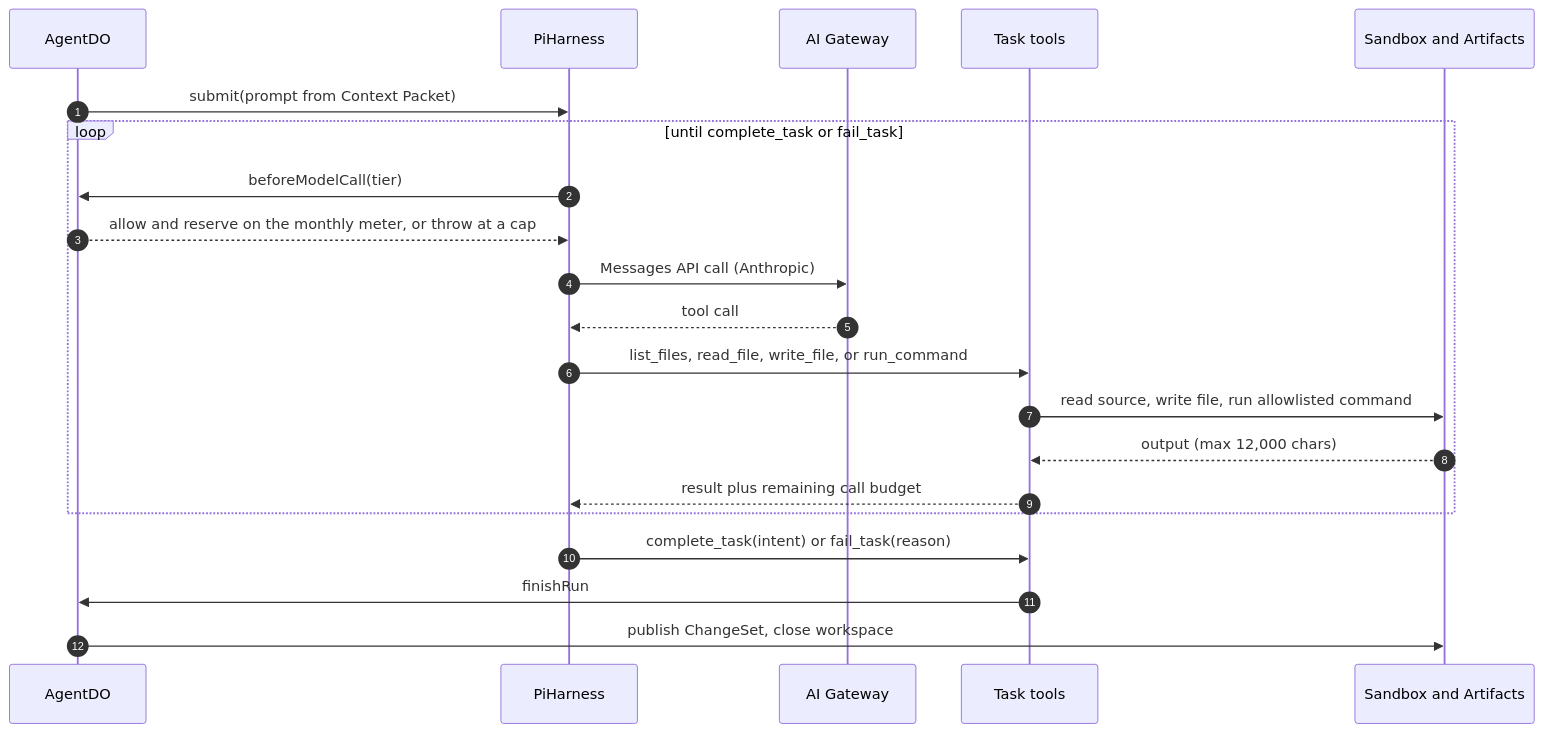
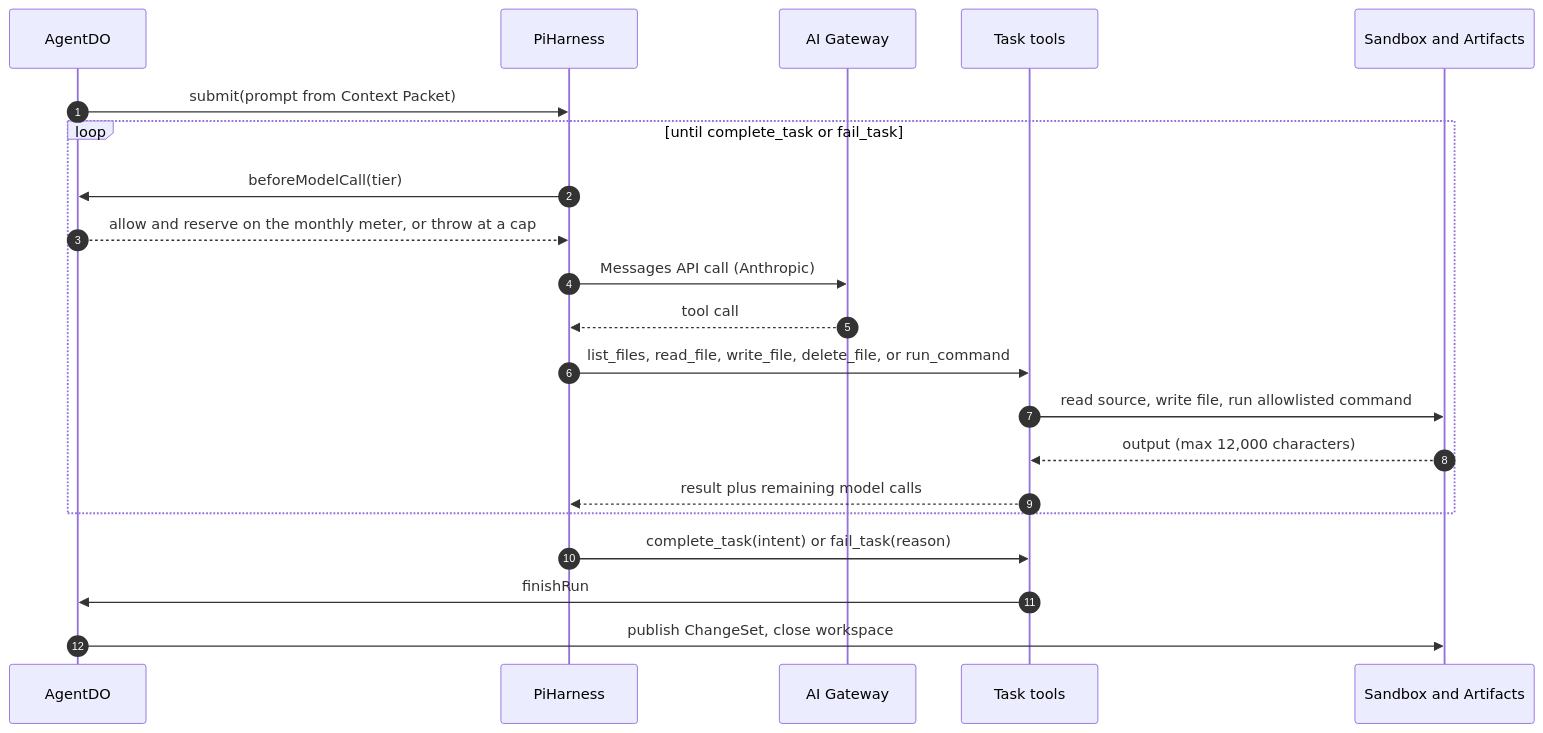
The second of 7 diagrams in docs/architecture/agents-and-models.md (nsudhanva/rhumbatron), drawn with Mermaid before and after one commit. The commit also changed other lines of this file and 47 other files, not shown here.

````diff
--- a/docs/architecture/agents-and-models.md
+++ b/docs/architecture/agents-and-models.md
@@ -60,24 +64,24 @@
 ```mermaid
 sequenceDiagram
   autonumber
   participant A as AgentDO
   participant Pi as PiHarness
   participant GW as AI Gateway
   participant T as Task tools
   participant SBX as Sandbox and Artifacts
 
   A->>Pi: submit(prompt from Context Packet)
   loop until complete_task or fail_task
     Pi->>A: beforeModelCall(tier)
     A-->>Pi: allow and reserve on the monthly meter, or throw at a cap
     Pi->>GW: Messages API call (Anthropic)
     GW-->>Pi: tool call
-    Pi->>T: list_files, read_file, write_file, or run_command
+    Pi->>T: list_files, read_file, write_file, delete_file, or run_command
     T->>SBX: read source, write file, run allowlisted command
-    SBX-->>T: output (max 12,000 chars)
-    T-->>Pi: result plus remaining call budget
+    SBX-->>T: output (max 12,000 characters)
+    T-->>Pi: result plus remaining model calls
   end
   Pi->>T: complete_task(intent) or fail_task(reason)
   T->>A: finishRun
   A->>SBX: publish ChangeSet, close workspace
 ```
````
